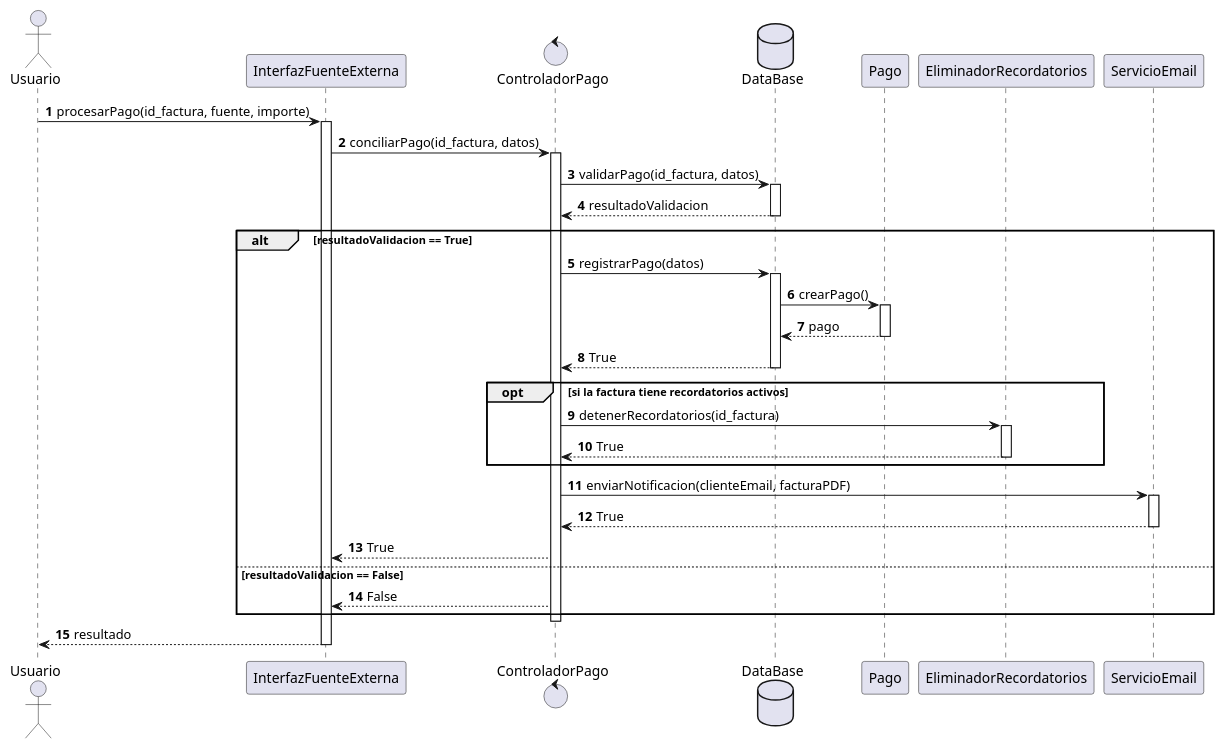
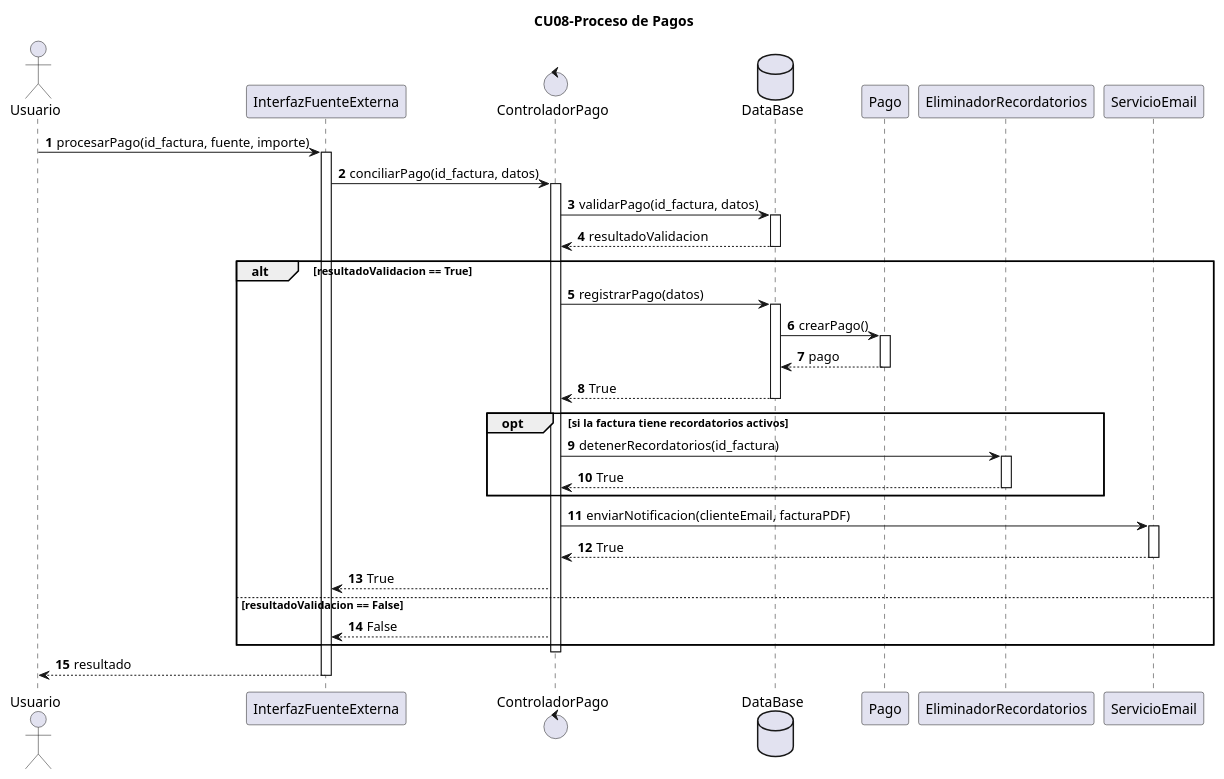
Before and after one commit to sandrardguezz/trabajo-ada: the diagram in Diagramas/DiagramasSecuencia/CU08/DiagramaSecuencia.puml, drawn with PlantUML.

Commit message:
Add title to CU08 sequence diagram

```diff
--- a/Diagramas/DiagramasSecuencia/CU08/DiagramaSecuencia.puml
+++ b/Diagramas/DiagramasSecuencia/CU08/DiagramaSecuencia.puml
@@ -1,57 +1,58 @@
 @startuml
+title CU08-Proceso de Pagos
 autonumber
 actor Usuario as user
 participant InterfazFuenteExterna as interfaz
 control ControladorPago as controlador
 database DataBase as database
 participant Pago
 participant EliminadorRecordatorios as recordatorios
 participant ServicioEmail as email
 
 user -> interfaz: procesarPago(id_factura, fuente, importe)
 activate interfaz
 
 interfaz -> controlador: conciliarPago(id_factura, datos)
 activate controlador
 
 controlador -> database: validarPago(id_factura, datos)
 activate database
 database --> controlador: resultadoValidacion
 deactivate database
 
 alt resultadoValidacion == True
   controlador -> database: registrarPago(datos)
   activate database
   database -> Pago: crearPago()
   activate Pago
   Pago --> database: pago
   deactivate Pago
   database --> controlador: True
   deactivate database
 
   opt si la factura tiene recordatorios activos
        controlador -> recordatorios: detenerRecordatorios(id_factura)
        activate recordatorios
        recordatorios --> controlador: True
        deactivate recordatorios
   end
   
   controlador -> email: enviarNotificacion(clienteEmail, facturaPDF)
   activate email
   email --> controlador: True 
 'Aqui si se pone la respuesta, porque se considera que se debe mandar el email de la factura, para que el flujo     siga, no como en el ejemplo de clase'
   deactivate email
 
   controlador --> interfaz: True
 else resultadoValidacion == False
   controlador --> interfaz: False
 'Hay un error en el pago'
 end
 
 deactivate controlador
 
 interfaz --> user: resultado
 deactivate interfaz
 
 
 @enduml
```
